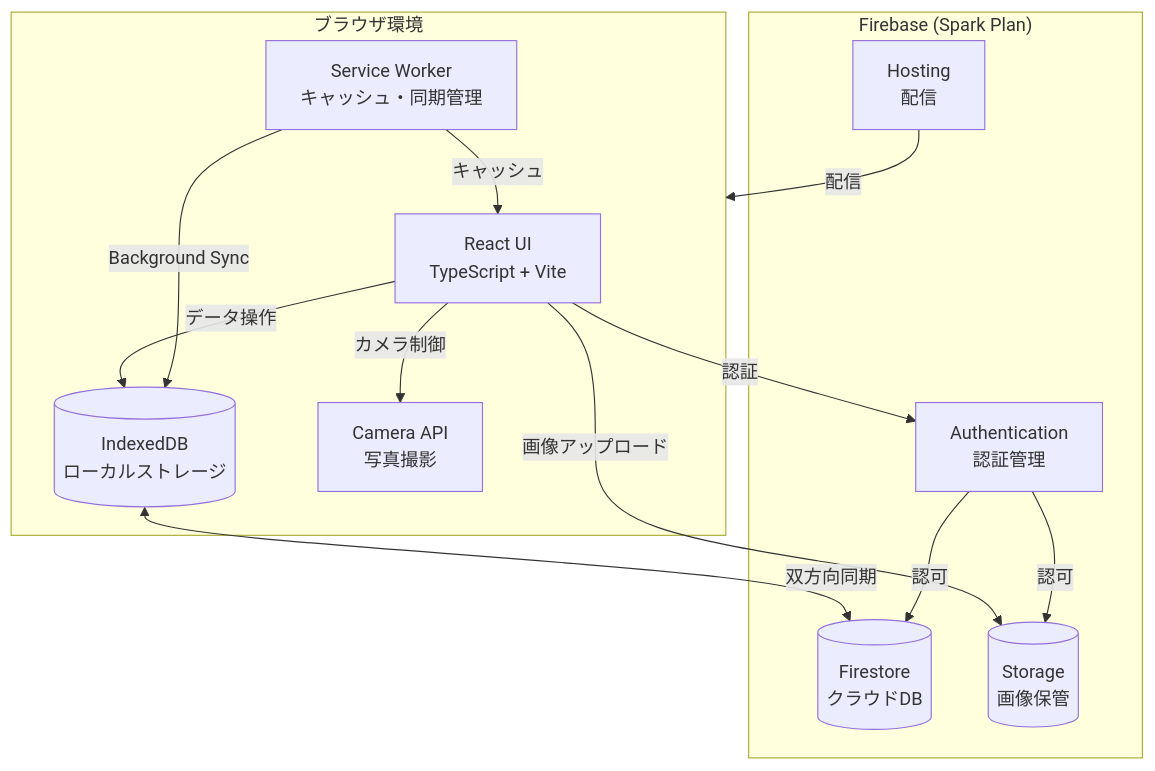
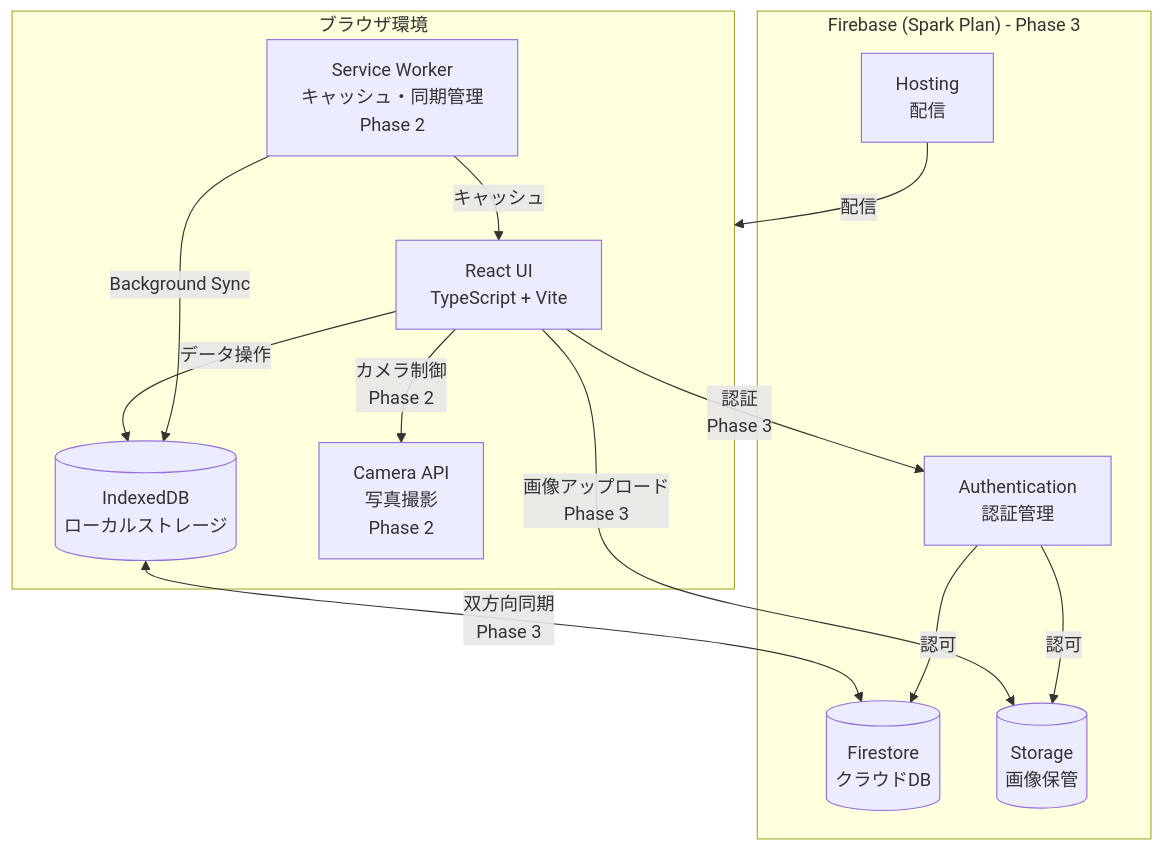
One commit to cocottu/iwailist_web changed the first of 6 diagrams in design/01_architecture.md. Above: the diagram before and after it, drawn with Mermaid. The commit also changed other lines of this file and 5 other files, not shown here.

````diff
--- a/design/01_architecture.md
+++ b/design/01_architecture.md
@@ -7,27 +7,27 @@
 ```mermaid
 graph TB
     subgraph Browser["ブラウザ環境"]
         UI[React UI<br/>TypeScript + Vite]
-        SW[Service Worker<br/>キャッシュ・同期管理]
+        SW[Service Worker<br/>キャッシュ・同期管理<br/>Phase 2]
         IDB[(IndexedDB<br/>ローカルストレージ)]
-        Camera[Camera API<br/>写真撮影]
+        Camera[Camera API<br/>写真撮影<br/>Phase 2]
     end
     
-    subgraph Firebase["Firebase (Spark Plan)"]
+    subgraph Firebase["Firebase (Spark Plan) - Phase 3"]
         Auth[Authentication<br/>認証管理]
         FS[(Firestore<br/>クラウドDB)]
         Storage[(Storage<br/>画像保管)]
         Hosting[Hosting<br/>配信]
     end
     
     UI -->|データ操作| IDB
-    UI -->|カメラ制御| Camera
+    UI -->|カメラ制御<br/>Phase 2| Camera
     SW -->|キャッシュ| UI
     SW -->|Background Sync| IDB
-    IDB <-->|双方向同期| FS
-    UI -->|認証| Auth
-    UI -->|画像アップロード| Storage
+    IDB <-->|双方向同期<br/>Phase 3| FS
+    UI -->|認証<br/>Phase 3| Auth
+    UI -->|画像アップロード<br/>Phase 3| Storage
     Hosting -->|配信| Browser
     Auth -->|認可| FS
     Auth -->|認可| Storage
 ```
````
